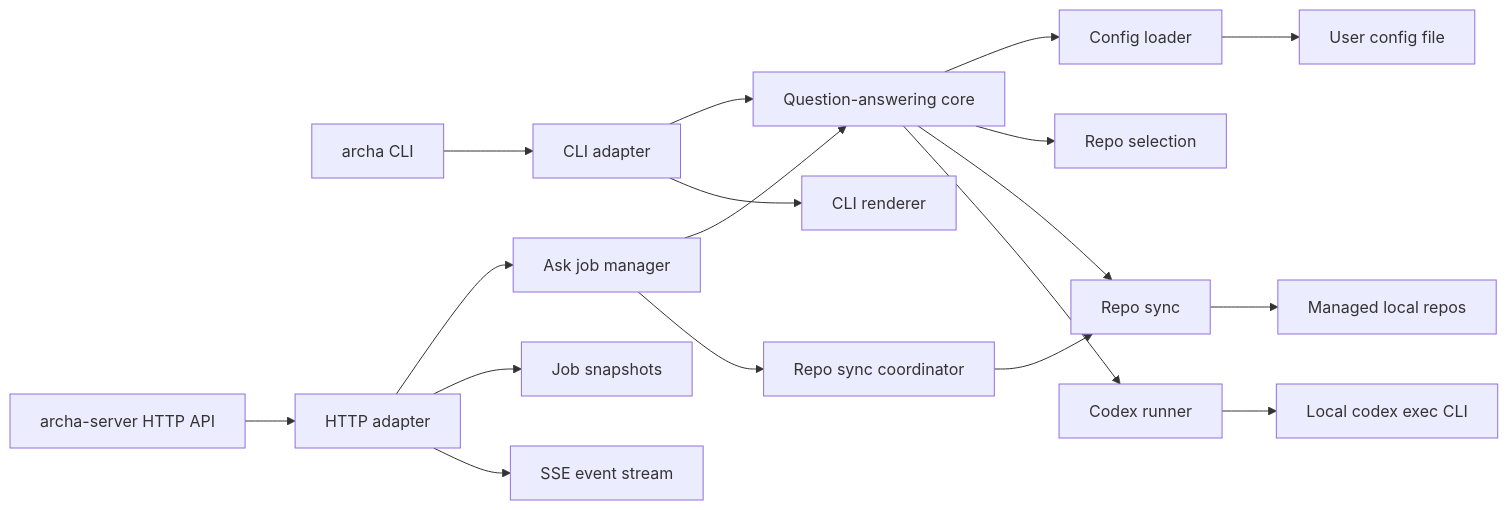
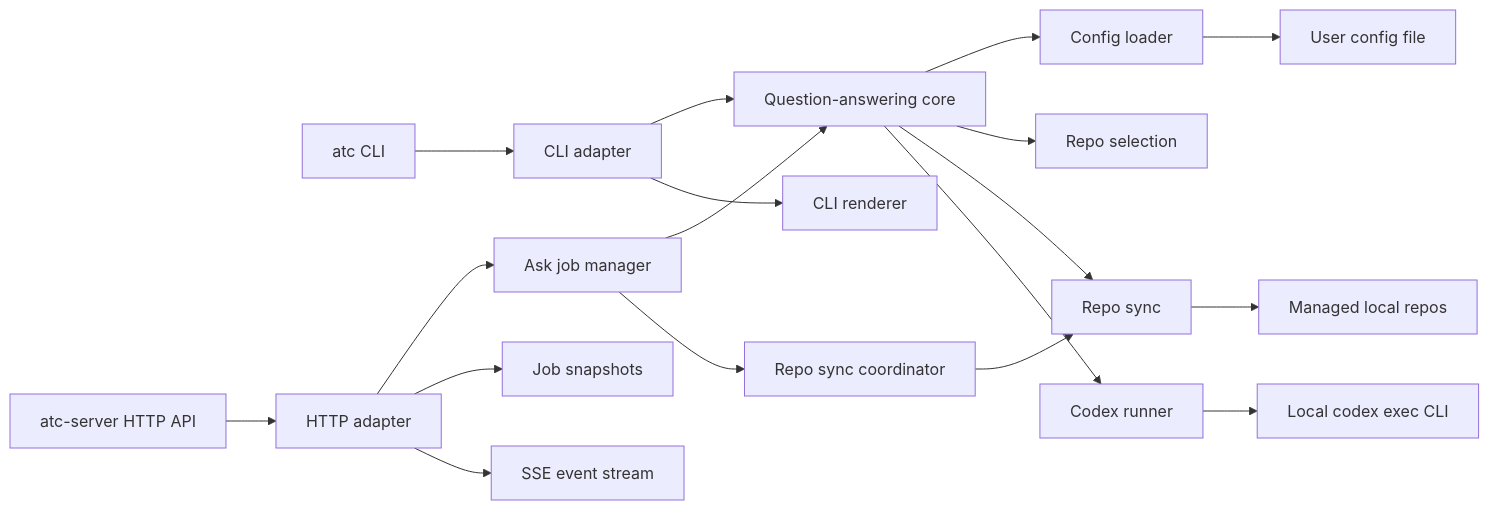
The first of 2 diagrams in specs/architecture.md (leanish/archa), drawn with Mermaid before and after one commit. The commit also changed other lines of this file and 45 other files, not shown here.

````diff
--- a/specs/architecture.md
+++ b/specs/architecture.md
@@ -9,24 +9,24 @@
 ```mermaid
 flowchart LR
-  CLI["archa CLI"] --> CLIAdapter["CLI adapter"]
-  HTTP["archa-server HTTP API"] --> HttpAdapter["HTTP adapter"]
+  CLI["atc CLI"] --> CLIAdapter["CLI adapter"]
+  HTTP["atc-server HTTP API"] --> HttpAdapter["HTTP adapter"]
   HttpAdapter --> Jobs["Ask job manager"]
   CLIAdapter --> Core["Question-answering core"]
   Jobs --> Core
 
   Core --> Config["Config loader"]
   Core --> Selection["Repo selection"]
   Core --> Sync["Repo sync"]
   Core --> Codex["Codex runner"]
 
   SyncCoordinator["Repo sync coordinator"] --> Sync
   Jobs --> SyncCoordinator
 
   CLIAdapter --> Render["CLI renderer"]
   HttpAdapter --> Polling["Job snapshots"]
   HttpAdapter --> SSE["SSE event stream"]
 
   Config --> UserConfig["User config file"]
   Sync --> ManagedRepos["Managed local repos"]
   Codex --> CodexCli["Local codex exec CLI"]
 ```
````
